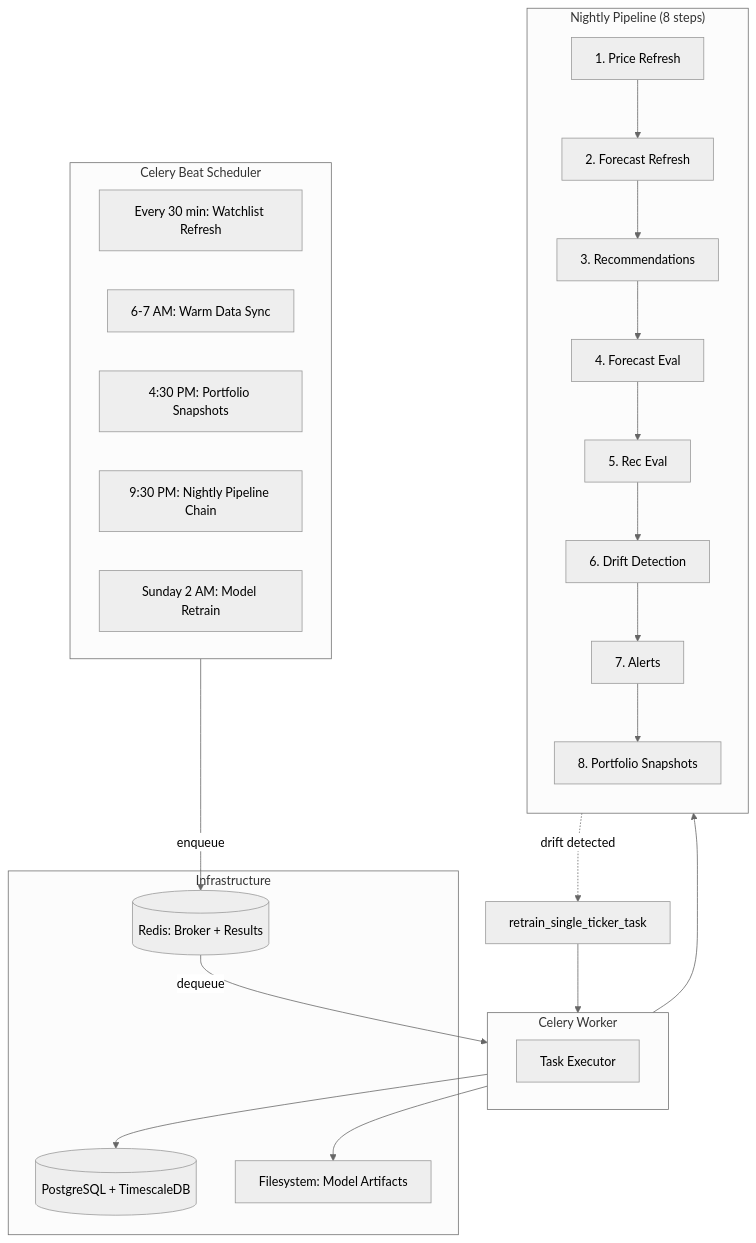
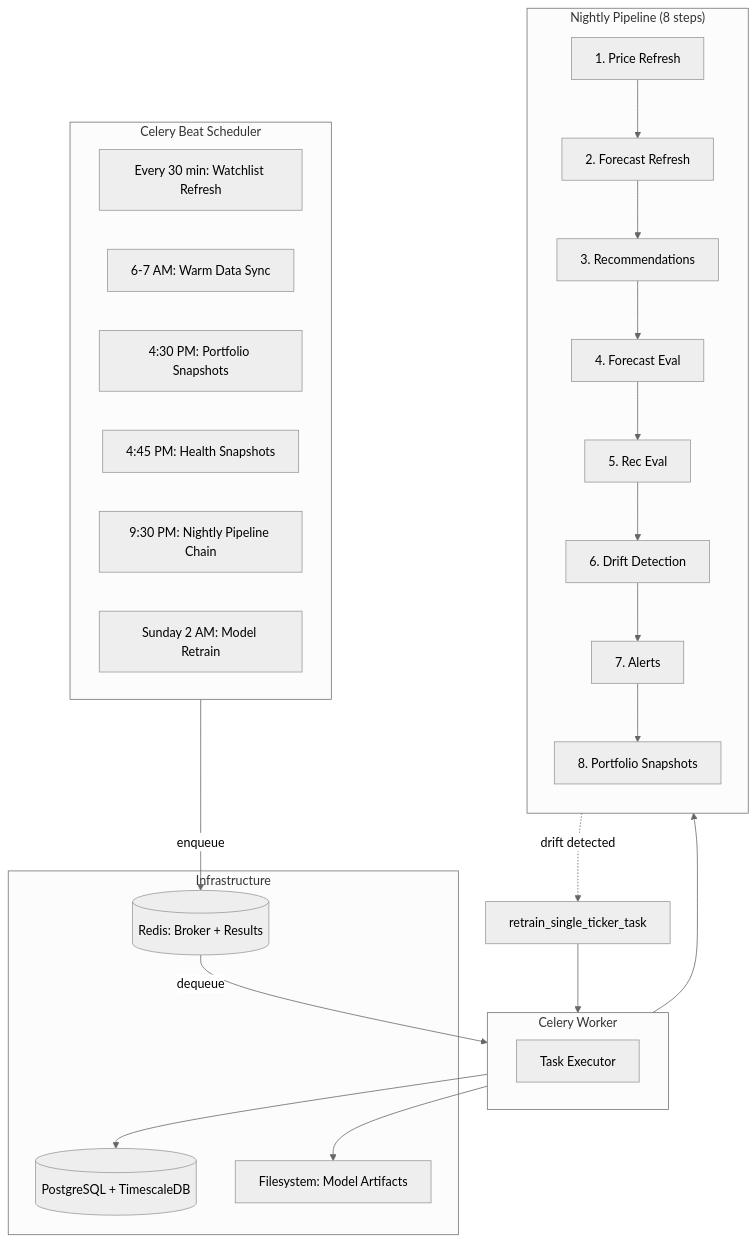
The fourth of 7 diagrams in docs/TDD.md (vipulbhatia29/stock-signal-platform), drawn with Mermaid (neutral theme) before and after one commit. The commit also changed other lines of this file and 7 other files, not shown here.

First line of the commit message:
[KAN-175] Comprehensive TDD + FSD + Architecture doc refresh

````diff
--- a/docs/TDD.md
+++ b/docs/TDD.md
@@ -859,39 +968,40 @@
 ```mermaid
 flowchart TB
     subgraph Beat["Celery Beat Scheduler"]
         B1["Every 30 min: Watchlist Refresh"]
         B2["6-7 AM: Warm Data Sync"]
         B3["4:30 PM: Portfolio Snapshots"]
+        B3a["4:45 PM: Health Snapshots"]
         B4["9:30 PM: Nightly Pipeline Chain"]
         B5["Sunday 2 AM: Model Retrain"]
     end
 
     subgraph Worker["Celery Worker"]
         W["Task Executor"]
     end
 
     subgraph Chain["Nightly Pipeline (8 steps)"]
         direction TB
         S1["1. Price Refresh"] --> S2["2. Forecast Refresh"]
         S2 --> S3["3. Recommendations"]
         S3 --> S4["4. Forecast Eval"]
         S4 --> S5["5. Rec Eval"]
         S5 --> S6["6. Drift Detection"]
         S6 --> S7["7. Alerts"]
         S7 --> S8["8. Portfolio Snapshots"]
     end
 
     subgraph Infra["Infrastructure"]
         Redis[("Redis: Broker + Results")]
         PG[("PostgreSQL + TimescaleDB")]
         FS["Filesystem: Model Artifacts"]
     end
 
     Beat -->|enqueue| Redis
     Redis -->|dequeue| Worker
     Worker --> Chain
     Worker --> PG
     Worker --> FS
     S6 -.->|"drift detected"| RT["retrain_single_ticker_task"]
     RT --> Worker
 ```
````
